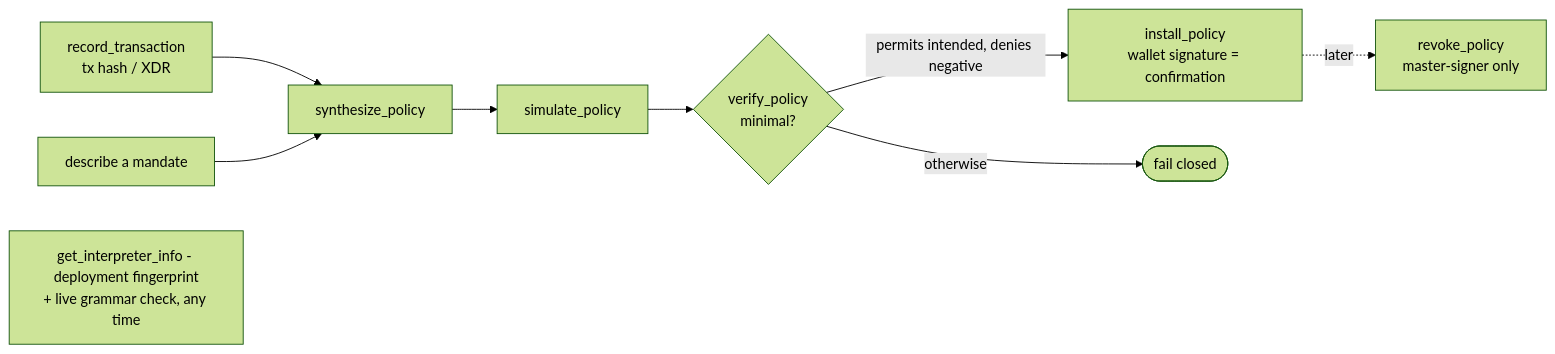
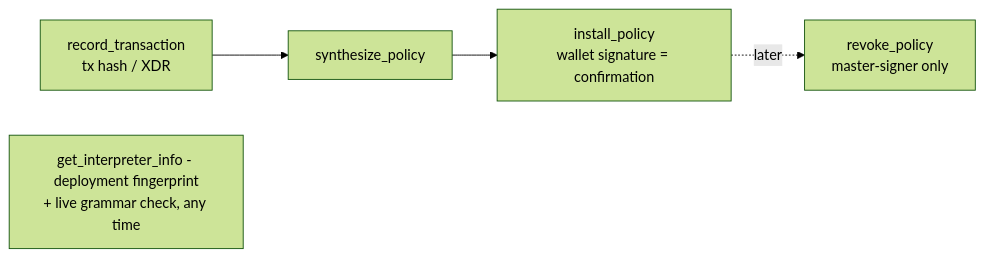
One commit to untangledfinance/oz-policy-builder changed the second of 3 diagrams in docs/architecture.md. Above: the diagram before and after it, drawn with Mermaid (forest theme). The commit also changed other lines of this file and 56 other files, not shown here.

````diff
--- a/docs/architecture.md
+++ b/docs/architecture.md
@@ -62,20 +62,12 @@
 ```mermaid
 flowchart LR
     rec["record_transaction<br/>tx hash / XDR"]
-    man["describe a mandate"]
     syn["synthesize_policy"]
-    sim["simulate_policy"]
-    ver{"verify_policy<br/>minimal?"}
     ins["install_policy<br/>wallet signature = confirmation"]
     rev["revoke_policy<br/>master-signer only"]
-    fail(["fail closed"])
 
-    rec --> syn
-    man --> syn
-    syn --> sim --> ver
-    ver -- permits intended, denies negative --> ins
-    ver -- otherwise --> fail
+    rec --> syn --> ins
     ins -. later .-> rev
 
     info["get_interpreter_info - deployment fingerprint<br/>+ live grammar check, any time"]
 ```
````
